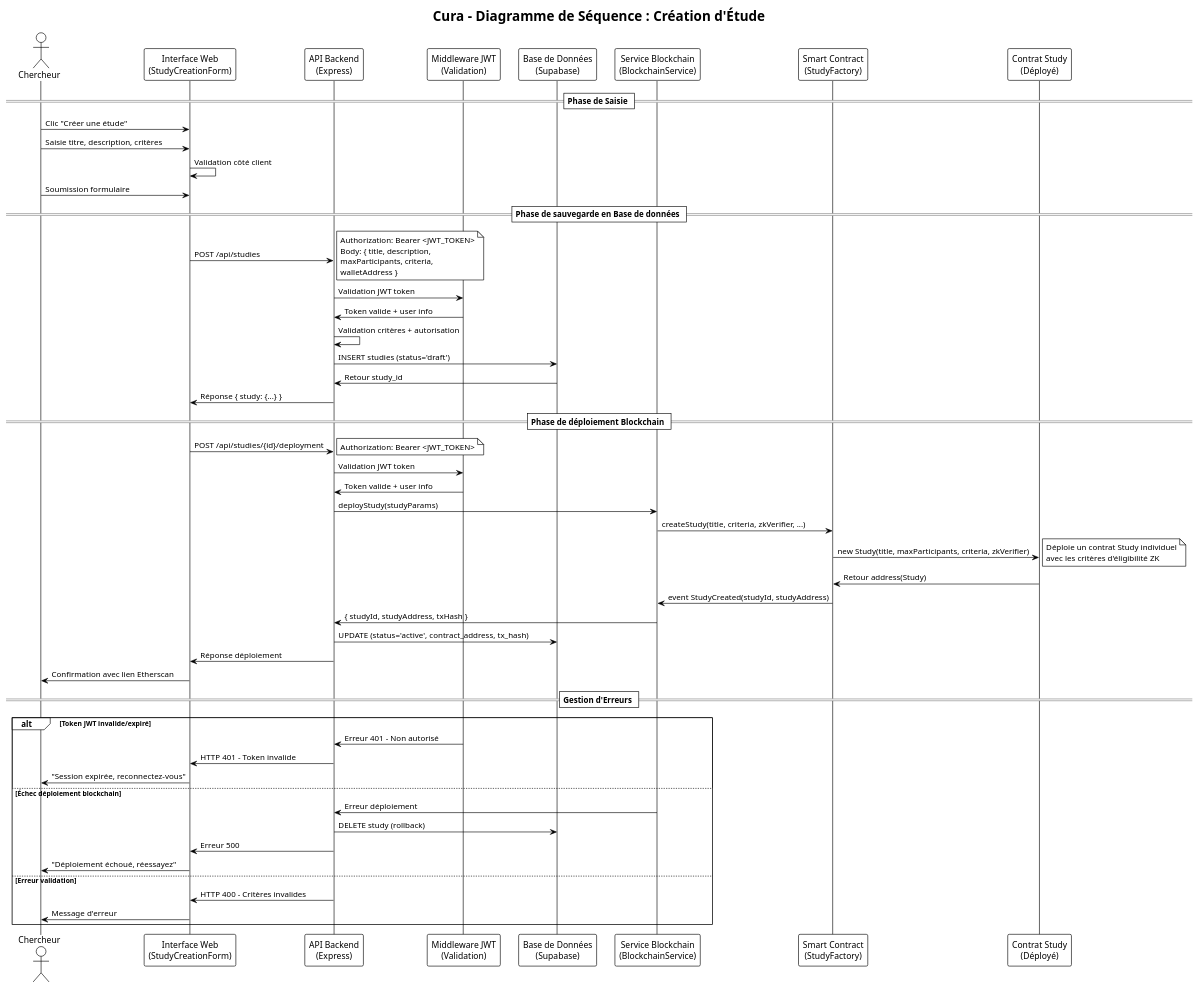
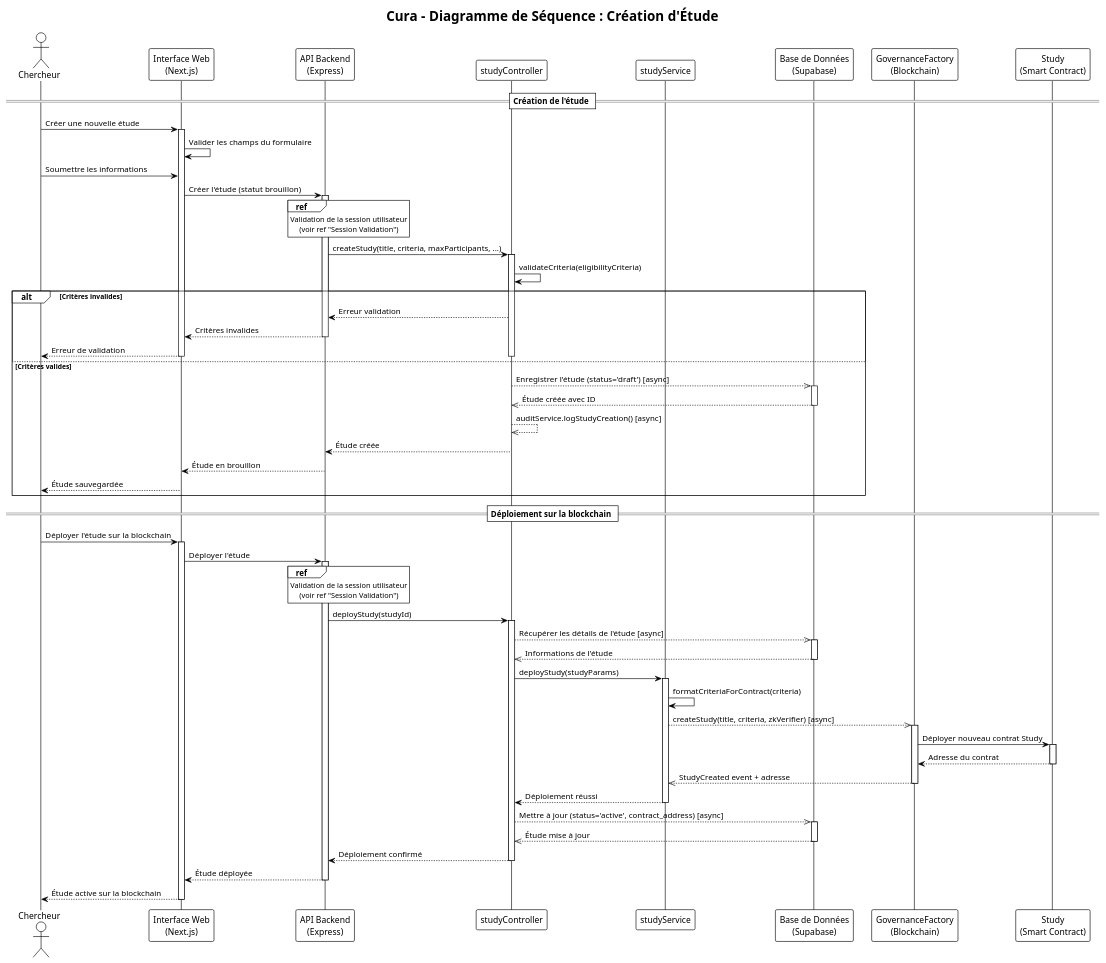
The diagram in docs/sequence-diagrams/study-creation-sequence.puml (monark-community/zk-medical-data-exchange), drawn with PlantUML before and after one commit. The commit also changed 11 other files, not shown here.

Commit message:
feat: Update sequence diagrams

```diff
--- a/docs/sequence-diagrams/study-creation-sequence.puml
+++ b/docs/sequence-diagrams/study-creation-sequence.puml
@@ -1,73 +1,103 @@
 @startuml Creation_Etude_Sequence
 !theme plain
 
 title Cura - Diagramme de Séquence : Création d'Étude
 
 actor "Chercheur" as Researcher
-participant "Interface Web\n(StudyCreationForm)" as Frontend
+participant "Interface Web\n(Next.js)" as Frontend
 participant "API Backend\n(Express)" as Backend
-participant "Middleware JWT\n(Validation)" as JWTMiddleware
+participant "studyController" as Controller
+participant "studyService" as Service
 participant "Base de Données\n(Supabase)" as Database
-participant "Service Blockchain\n(BlockchainService)" as Blockchain
-participant "Smart Contract\n(StudyFactory)" as Factory
-participant "Contrat Study\n(Déployé)" as StudyContract
+participant "GovernanceFactory\n(Blockchain)" as Factory
+participant "Study\n(Smart Contract)" as StudyContract
 
-== Phase de Saisie ==
-Researcher -> Frontend : Clic "Créer une étude"
-Researcher -> Frontend : Saisie titre, description, critères
-Frontend -> Frontend : Validation côté client
-Researcher -> Frontend : Soumission formulaire
+== Création de l'étude ==
+Researcher -> Frontend : Créer une nouvelle étude
+activate Frontend
+Frontend -> Frontend : Valider les champs du formulaire
+Researcher -> Frontend : Soumettre les informations
 
-== Phase de sauvegarde en Base de données ==
-Frontend -> Backend : POST /api/studies
-note right
-Authorization: Bearer <JWT_TOKEN>
-Body: { title, description, 
-maxParticipants, criteria,
-walletAddress }
-end note
+Frontend -> Backend : Créer l'étude (statut brouillon)
+activate Backend
 
-Backend -> JWTMiddleware : Validation JWT token
-JWTMiddleware -> Backend : Token valide + user info
-Backend -> Backend : Validation critères + autorisation
-Backend -> Database : INSERT studies (status='draft')
-Database -> Backend : Retour study_id
-Backend -> Frontend : Réponse { study: {...} }
+ref over Backend
+    Validation de la session utilisateur
+    (voir ref "Session Validation")
+end ref
 
-== Phase de déploiement Blockchain ==
-Frontend -> Backend : POST /api/studies/{id}/deployment
-note right
-Authorization: Bearer <JWT_TOKEN>
-end note
-Backend -> JWTMiddleware : Validation JWT token
-JWTMiddleware -> Backend : Token valide + user info
-Backend -> Blockchain : deployStudy(studyParams)
-Blockchain -> Factory : createStudy(title, criteria, zkVerifier, ...)
-Factory -> StudyContract : new Study(title, maxParticipants, criteria, zkVerifier)
-note right
-Déploie un contrat Study individuel
-avec les critères d'éligibilité ZK
-end note
-StudyContract -> Factory : Retour address(Study)
-Factory -> Blockchain : event StudyCreated(studyId, studyAddress)
-Blockchain -> Backend : { studyId, studyAddress, txHash }
-Backend -> Database : UPDATE (status='active', contract_address, tx_hash)
-Backend -> Frontend : Réponse déploiement
-Frontend -> Researcher : Confirmation avec lien Etherscan
+Backend -> Controller : createStudy(title, criteria, maxParticipants, ...)
+activate Controller
 
-== Gestion d'Erreurs ==
-alt Token JWT invalide/expiré
-    JWTMiddleware -> Backend : Erreur 401 - Non autorisé
-    Backend -> Frontend : HTTP 401 - Token invalide
-    Frontend -> Researcher : "Session expirée, reconnectez-vous"
-else Échec déploiement blockchain
-    Blockchain -> Backend : Erreur déploiement
-    Backend -> Database : DELETE study (rollback)
-    Backend -> Frontend : Erreur 500
-    Frontend -> Researcher : "Déploiement échoué, réessayez"
-else Erreur validation
-    Backend -> Frontend : HTTP 400 - Critères invalides
-    Frontend -> Researcher : Message d'erreur
+Controller -> Controller : validateCriteria(eligibilityCriteria)
+
+alt Critères invalides
+    Controller --> Backend : Erreur validation
+    Backend --> Frontend : Critères invalides
+    deactivate Backend
+    Frontend --> Researcher : Erreur de validation
+    deactivate Controller
+    deactivate Frontend
+else Critères valides
+    Controller -->> Database : Enregistrer l'étude (status='draft') [async]
+    activate Database
+    Database -->> Controller : Étude créée avec ID
+    deactivate Database
+    
+    Controller -->> Controller : auditService.logStudyCreation() [async]
+    
+    Controller --> Backend : Étude créée
+    deactivate Controller
+    Backend --> Frontend : Étude en brouillon
+    deactivate Backend
+    Frontend --> Researcher : Étude sauvegardée
+    deactivate Frontend
 end
 
+== Déploiement sur la blockchain ==
+Researcher -> Frontend : Déployer l'étude sur la blockchain
+activate Frontend
+Frontend -> Backend : Déployer l'étude
+activate Backend
+
+ref over Backend
+    Validation de la session utilisateur
+    (voir ref "Session Validation")
+end ref
+
+Backend -> Controller : deployStudy(studyId)
+activate Controller
+
+Controller -->> Database : Récupérer les détails de l'étude [async]
+activate Database
+Database -->> Controller : Informations de l'étude
+deactivate Database
+
+Controller -> Service : deployStudy(studyParams)
+activate Service
+
+Service -> Service : formatCriteriaForContract(criteria)
+Service -->> Factory : createStudy(title, criteria, zkVerifier) [async]
+activate Factory
+Factory -> StudyContract : Déployer nouveau contrat Study
+activate StudyContract
+StudyContract --> Factory : Adresse du contrat
+deactivate StudyContract
+Factory -->> Service : StudyCreated event + adresse
+deactivate Factory
+Service --> Controller : Déploiement réussi
+deactivate Service
+
+Controller -->> Database : Mettre à jour (status='active', contract_address) [async]
+activate Database
+Database -->> Controller : Étude mise à jour
+deactivate Database
+
+Controller --> Backend : Déploiement confirmé
+deactivate Controller
+Backend --> Frontend : Étude déployée
+deactivate Backend
+Frontend --> Researcher : Étude active sur la blockchain
+deactivate Frontend
+
 @enduml
```
